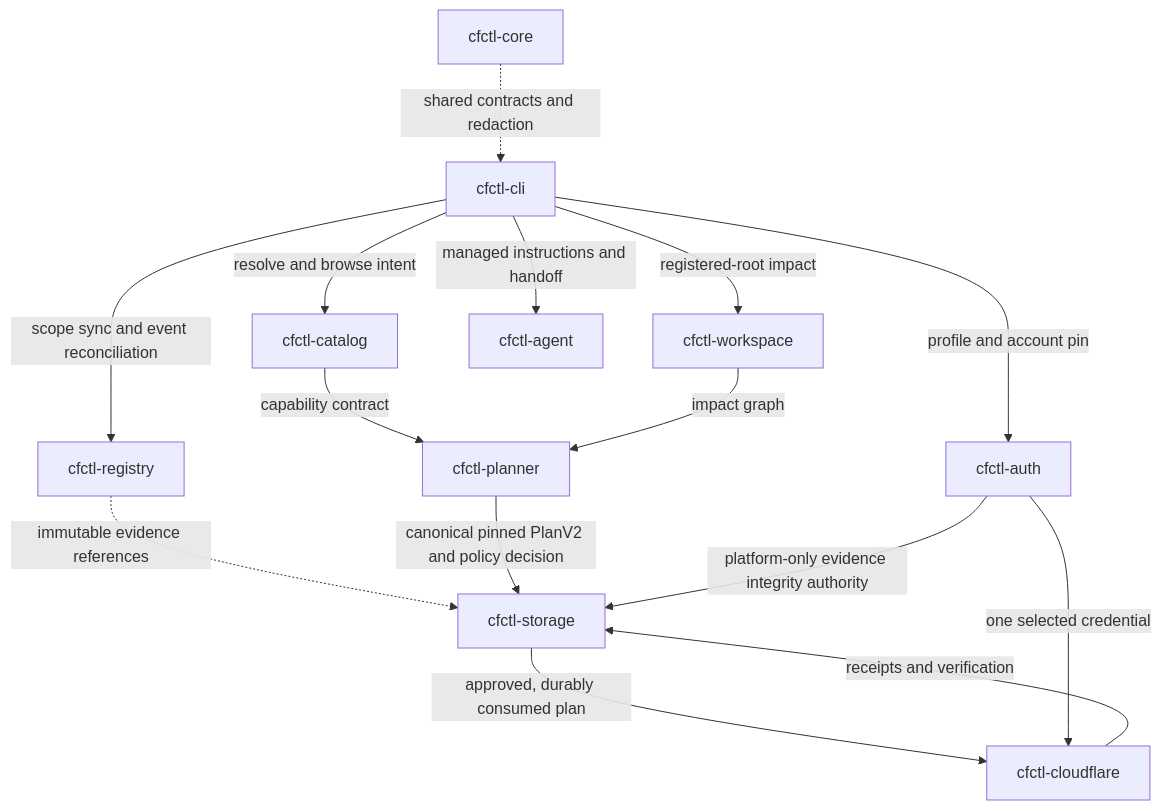
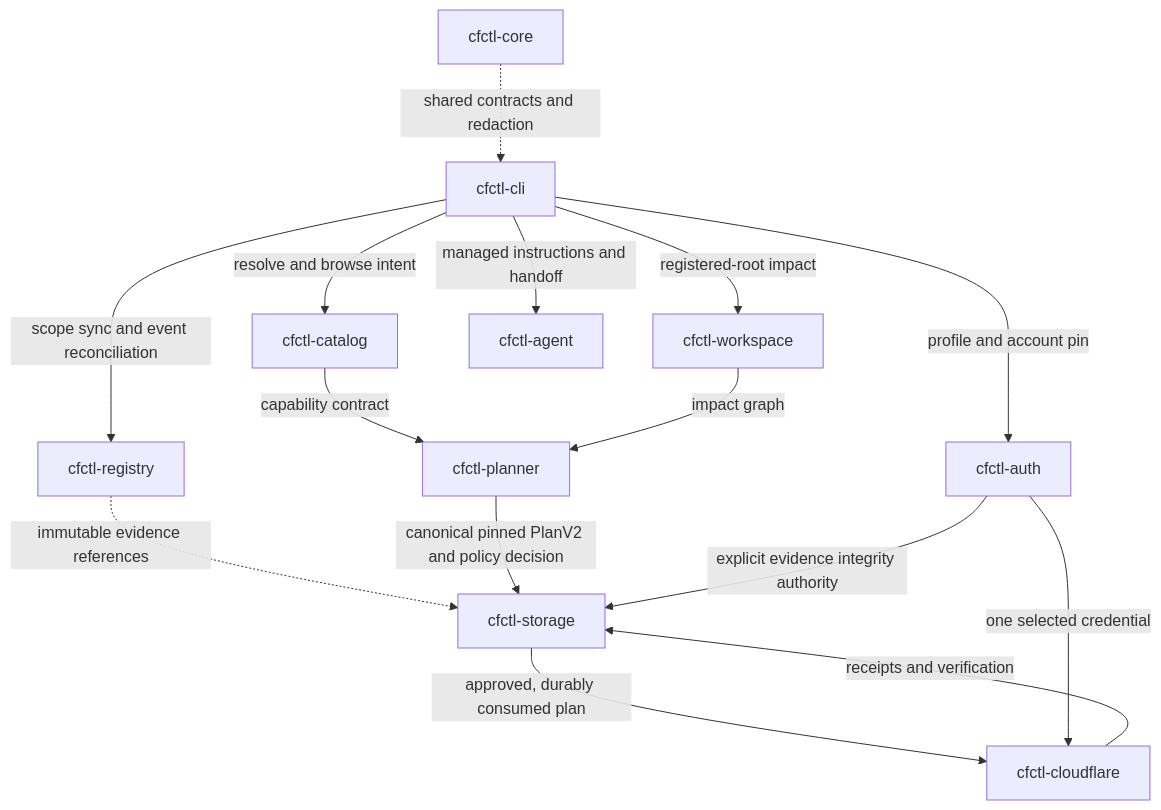
Before and after one commit to rogu3bear/cfctl: the diagram in docs/v2-architecture.md, drawn with Mermaid. The commit also changed other lines of this file and 66 other files, not shown here.

````diff
--- a/docs/v2-architecture.md
+++ b/docs/v2-architecture.md
@@ -8,17 +8,17 @@
 ```mermaid
 flowchart TD
     CORE[cfctl-core] -.->|shared contracts and redaction| CLI
     CLI[cfctl-cli] -->|resolve and browse intent| CAT[cfctl-catalog]
     CLI -->|profile and account pin| AUTH[cfctl-auth]
     CLI -->|registered-root impact| WS[cfctl-workspace]
     CLI -->|managed instructions and handoff| AGENT[cfctl-agent]
     CAT -->|capability contract| PLAN[cfctl-planner]
     WS -->|impact graph| PLAN
     CLI -->|scope sync and event reconciliation| REG[cfctl-registry]
     REG -.->|immutable evidence references| STORE
     PLAN -->|canonical pinned PlanV2 and policy decision| STORE[cfctl-storage]
-    AUTH -->|platform-only evidence integrity authority| STORE
+    AUTH -->|explicit evidence integrity authority| STORE
     STORE -->|approved, durably consumed plan| CF[cfctl-cloudflare]
     AUTH -->|one selected credential| CF
     CF -->|receipts and verification| STORE
 ```
````
